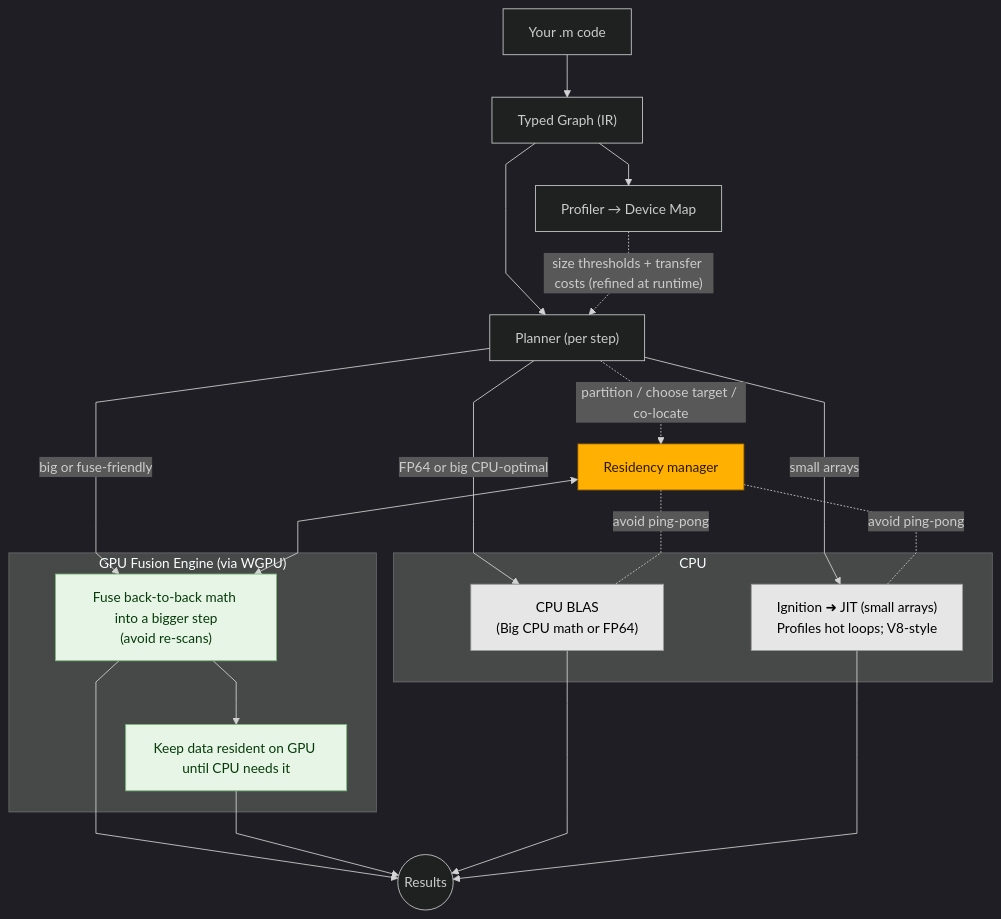
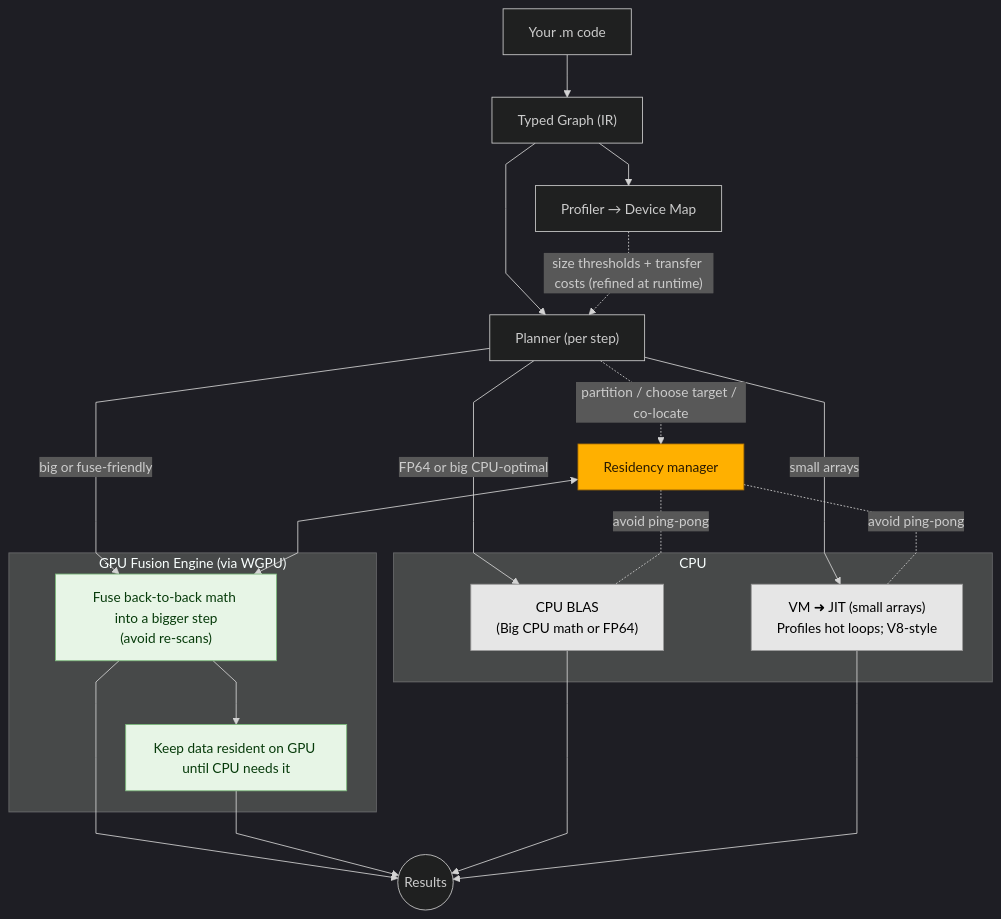
The diagram in website/content/blog/runmat-accel-intro-blog.md (runmat-org/runmat), drawn with Mermaid before and after one commit. The commit also changed other lines of this file and 43 other files, not shown here.

````diff
--- a/website/content/blog/runmat-accel-intro-blog.md
+++ b/website/content/blog/runmat-accel-intro-blog.md
@@ -224,41 +224,41 @@
 ```mermaid
 %%{init: {'theme':'dark','flowchart': {'curve':'linear'}}}%%
 flowchart TD
   A["Your .m code"] --> B["Typed Graph (IR)"]
   B --> C["Planner (per step)"]
   B --> D["Profiler → Device Map"]
   D -. "size thresholds + transfer costs (refined at runtime)" .-> C
 
   subgraph CPU["CPU"]
-    CJ["Ignition ➜ JIT (small arrays)<br/>Profiles hot loops; V8-style"]
+    CJ["VM ➜ JIT (small arrays)<br/>Profiles hot loops; V8-style"]
     CB["CPU BLAS<br/>(Big CPU math or FP64)"]
   end
 
   subgraph GPU["GPU Fusion Engine (via WGPU)"]
     GF["Fuse back-to-back math into a bigger step<br/>(avoid re-scans)"]
     GR["Keep data resident on GPU until CPU needs it"]
   end
 
   classDef cpu fill:#e6e6e6,stroke:#999,color:#000
   classDef gpu fill:#e7f5e6,stroke:#7ab97a,color:#073b0b
   classDef mgr fill:#ffb000,stroke:#b37400,color:#2a1a00
 
   RM["Residency manager"]:::mgr
   C -. "partition / choose target / co-locate" .-> RM
 
   C -- "FP64 or big CPU-optimal" --> CB:::cpu
   C -- "small arrays" --> CJ:::cpu
   C -- "big or fuse-friendly" --> GF:::gpu
 
   RM <--> GF
   RM -. "avoid ping-pong" .- CJ
   RM -. "avoid ping-pong" .- CB
 
   GF --> GR:::gpu
   R(("Results"))
   GF --> R
   GR --> R
   CB --> R
   CJ --> R
 	
 ```
````
